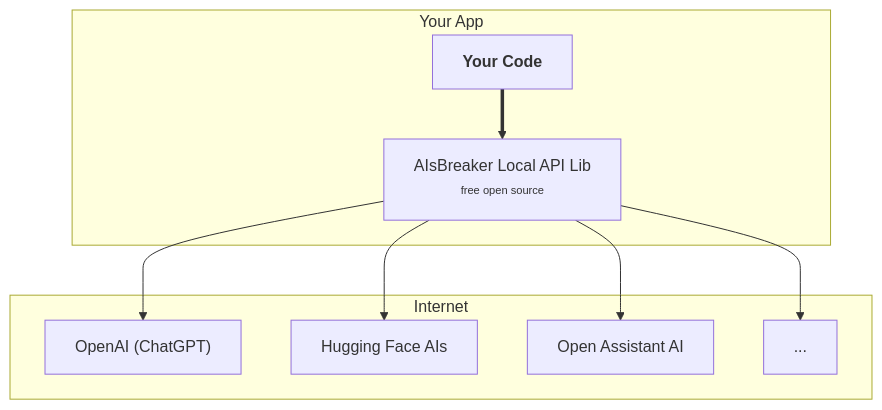
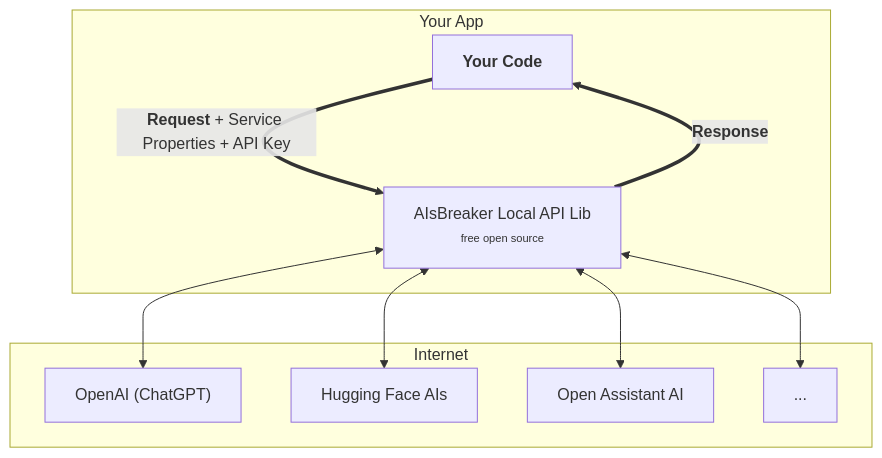
Before and after one commit to aisbreaker/aisbreaker.org: the third of 3 diagrams in site/docs/architecture.md, drawn with Mermaid. The commit also changed other lines of this file and 5 other files, not shown here.

````diff
--- a/site/docs/architecture.md
+++ b/site/docs/architecture.md
@@ -75,13 +75,16 @@
 ```mermaid
 graph TD
   subgraph client[Your App]
-    App[<b>Your Code</b>] ==> Lib["AIsBreaker Local API Lib
-                                   <sub><sup>free open source</sup></sub>"]
+    App["<b>Your Code</b>"]
+    Lib["AIsBreaker Local API Lib
+         <sub><sup>free open source</sup></sub>"]
+    App ==<b>Request</b> + Service Properties + API Key==> Lib
+    Lib ==<b>Response</b>==> App
   end
   subgraph internet["Internet"]
-    Lib --> AI1["OpenAI (ChatGPT)"]
-    Lib --> AI2["Hugging Face AIs"]
-    Lib --> AI3["Open Assistant AI"]
-    Lib --> AI4["..."]
+    Lib <--> AI1["OpenAI (ChatGPT)"]
+    Lib <--> AI2["Hugging Face AIs"]
+    Lib <--> AI3["Open Assistant AI"]
+    Lib <--> AI4["..."]
   end
 ```
````
